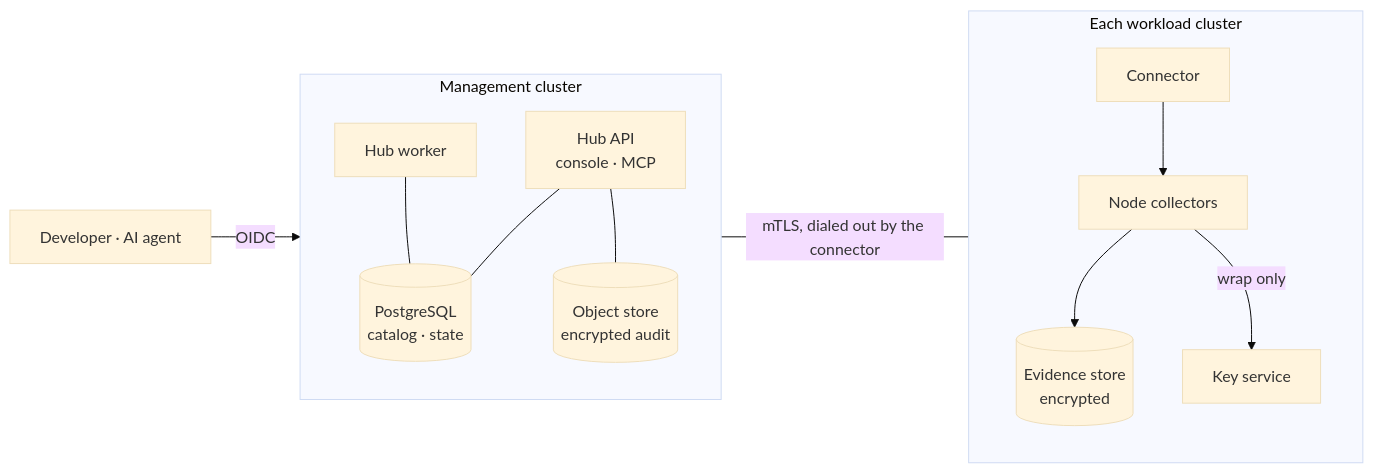
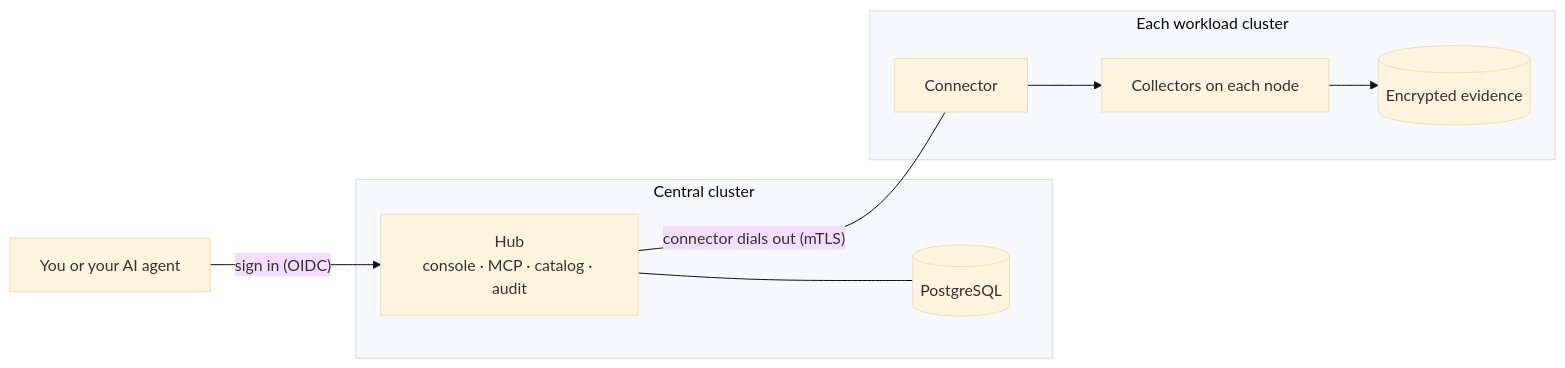
The diagram in README.md (phihos/asservat), drawn with Mermaid (base theme) before and after one commit. The commit also changed other lines of this file and 1 other file, not shown here.

First line of the commit message:
README: lead with what you can capture; plain wording

````diff
--- a/README.md
+++ b/README.md
@@ -91,25 +65,17 @@
 ```mermaid
 flowchart LR
-    User["Developer · AI agent"] -->|OIDC| Hub
-    subgraph HubCluster["Management cluster"]
-        direction TB
-        Hub["Hub API<br/>console · MCP"]
-        Worker["Hub worker"]
-        DB[("PostgreSQL<br/>catalog · state")]
-        Audit[("Object store<br/>encrypted audit")]
+    User["You or your AI agent"] -->|"sign in (OIDC)"| Hub
+    subgraph Central["Central cluster"]
+        Hub["Hub<br/>console · MCP · catalog · audit"]
+        DB[("PostgreSQL")]
         Hub --- DB
-        Worker --- DB
-        Hub --- Audit
     end
-    subgraph Region["Each workload cluster"]
-        direction TB
+    subgraph Workload["Each workload cluster"]
         Conn["Connector"]
-        Node["Node collectors"]
-        Store[("Evidence store<br/>encrypted")]
-        Keys["Key service"]
+        Node["Collectors on each node"]
+        Store[("Encrypted evidence")]
         Conn --> Node
         Node --> Store
-        Node -->|wrap only| Keys
     end
-    Hub ---|"mTLS, dialed out by the connector"| Conn
+    Hub ---|"connector dials out (mTLS)"| Conn
 ```
````
